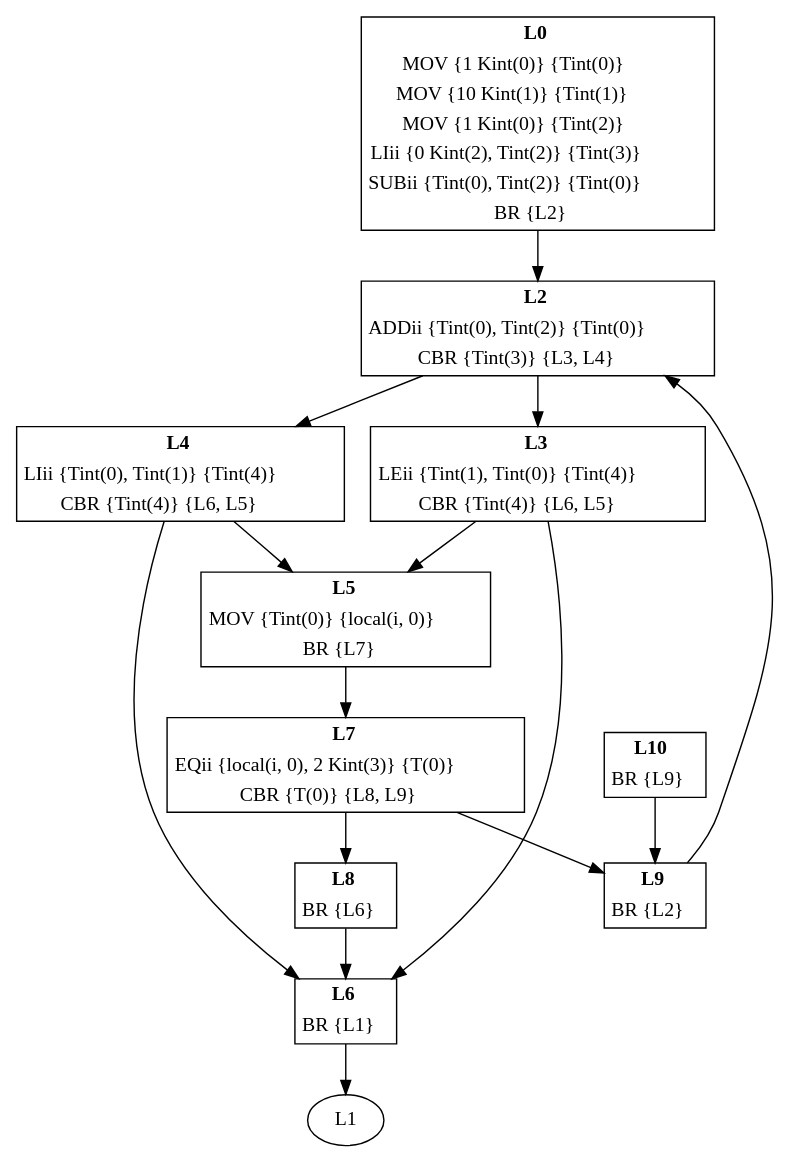
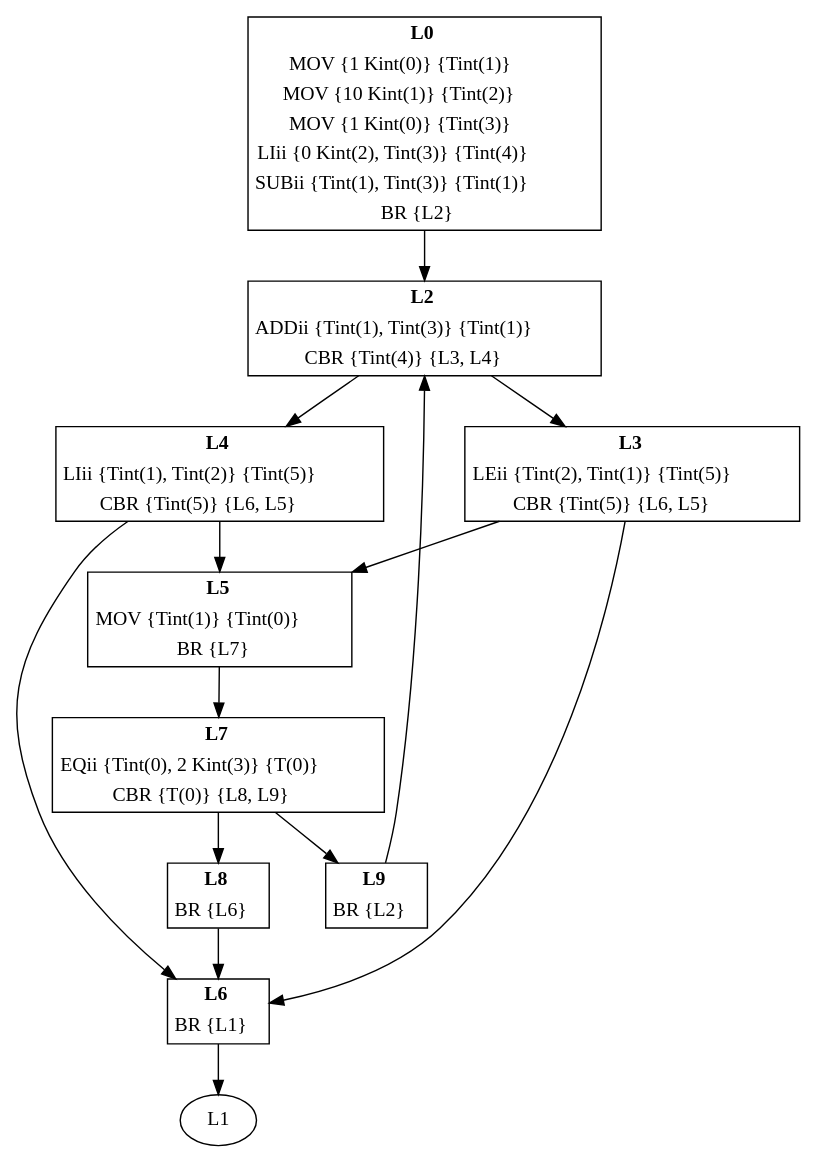
Before and after one commit to dibyendumajumdar/ravi-compiler: the diagram in docs/cfg/for4.gv, drawn with Graphviz. The commit also changed 11 other files, not shown here.

```diff
--- a/docs/cfg/for4.gv
+++ b/docs/cfg/for4.gv
@@ -1,66 +1,61 @@
 digraph Proc1 {
 L0 [shape=none, margin=0, label=<<TABLE BORDER="1" CELLBORDER="0">
 <TR><TD><B>L0</B></TD></TR>
-<TR><TD>MOV {1 Kint(0)} {Tint(0)}</TD></TR>
-<TR><TD>MOV {10 Kint(1)} {Tint(1)}</TD></TR>
-<TR><TD>MOV {1 Kint(0)} {Tint(2)}</TD></TR>
-<TR><TD>LIii {0 Kint(2), Tint(2)} {Tint(3)}</TD></TR>
-<TR><TD>SUBii {Tint(0), Tint(2)} {Tint(0)}</TD></TR>
+<TR><TD>MOV {1 Kint(0)} {Tint(1)}</TD></TR>
+<TR><TD>MOV {10 Kint(1)} {Tint(2)}</TD></TR>
+<TR><TD>MOV {1 Kint(0)} {Tint(3)}</TD></TR>
+<TR><TD>LIii {0 Kint(2), Tint(3)} {Tint(4)}</TD></TR>
+<TR><TD>SUBii {Tint(1), Tint(3)} {Tint(1)}</TD></TR>
 <TR><TD>BR {L2}</TD></TR>
 </TABLE>>];
 L0 -> L2
 L2 [shape=none, margin=0, label=<<TABLE BORDER="1" CELLBORDER="0">
 <TR><TD><B>L2</B></TD></TR>
-<TR><TD>ADDii {Tint(0), Tint(2)} {Tint(0)}</TD></TR>
-<TR><TD>CBR {Tint(3)} {L3, L4}</TD></TR>
+<TR><TD>ADDii {Tint(1), Tint(3)} {Tint(1)}</TD></TR>
+<TR><TD>CBR {Tint(4)} {L3, L4}</TD></TR>
 </TABLE>>];
 L2 -> L3
 L2 -> L4
 L3 [shape=none, margin=0, label=<<TABLE BORDER="1" CELLBORDER="0">
 <TR><TD><B>L3</B></TD></TR>
-<TR><TD>LEii {Tint(1), Tint(0)} {Tint(4)}</TD></TR>
-<TR><TD>CBR {Tint(4)} {L6, L5}</TD></TR>
+<TR><TD>LEii {Tint(2), Tint(1)} {Tint(5)}</TD></TR>
+<TR><TD>CBR {Tint(5)} {L6, L5}</TD></TR>
 </TABLE>>];
 L3 -> L6
 L3 -> L5
 L4 [shape=none, margin=0, label=<<TABLE BORDER="1" CELLBORDER="0">
 <TR><TD><B>L4</B></TD></TR>
-<TR><TD>LIii {Tint(0), Tint(1)} {Tint(4)}</TD></TR>
-<TR><TD>CBR {Tint(4)} {L6, L5}</TD></TR>
+<TR><TD>LIii {Tint(1), Tint(2)} {Tint(5)}</TD></TR>
+<TR><TD>CBR {Tint(5)} {L6, L5}</TD></TR>
 </TABLE>>];
 L4 -> L6
 L4 -> L5
 L5 [shape=none, margin=0, label=<<TABLE BORDER="1" CELLBORDER="0">
 <TR><TD><B>L5</B></TD></TR>
-<TR><TD>MOV {Tint(0)} {local(i, 0)}</TD></TR>
+<TR><TD>MOV {Tint(1)} {Tint(0)}</TD></TR>
 <TR><TD>BR {L7}</TD></TR>
 </TABLE>>];
 L5 -> L7
 L6 [shape=none, margin=0, label=<<TABLE BORDER="1" CELLBORDER="0">
 <TR><TD><B>L6</B></TD></TR>
 <TR><TD>BR {L1}</TD></TR>
 </TABLE>>];
 L6 -> L1
 L7 [shape=none, margin=0, label=<<TABLE BORDER="1" CELLBORDER="0">
 <TR><TD><B>L7</B></TD></TR>
-<TR><TD>EQii {local(i, 0), 2 Kint(3)} {T(0)}</TD></TR>
+<TR><TD>EQii {Tint(0), 2 Kint(3)} {T(0)}</TD></TR>
 <TR><TD>CBR {T(0)} {L8, L9}</TD></TR>
 </TABLE>>];
 L7 -> L8
 L7 -> L9
 L8 [shape=none, margin=0, label=<<TABLE BORDER="1" CELLBORDER="0">
 <TR><TD><B>L8</B></TD></TR>
 <TR><TD>BR {L6}</TD></TR>
 </TABLE>>];
 L8 -> L6
 L9 [shape=none, margin=0, label=<<TABLE BORDER="1" CELLBORDER="0">
 <TR><TD><B>L9</B></TD></TR>
 <TR><TD>BR {L2}</TD></TR>
 </TABLE>>];
 L9 -> L2
-L10 [shape=none, margin=0, label=<<TABLE BORDER="1" CELLBORDER="0">
-<TR><TD><B>L10</B></TD></TR>
-<TR><TD>BR {L9}</TD></TR>
-</TABLE>>];
-L10 -> L9
 }
```
